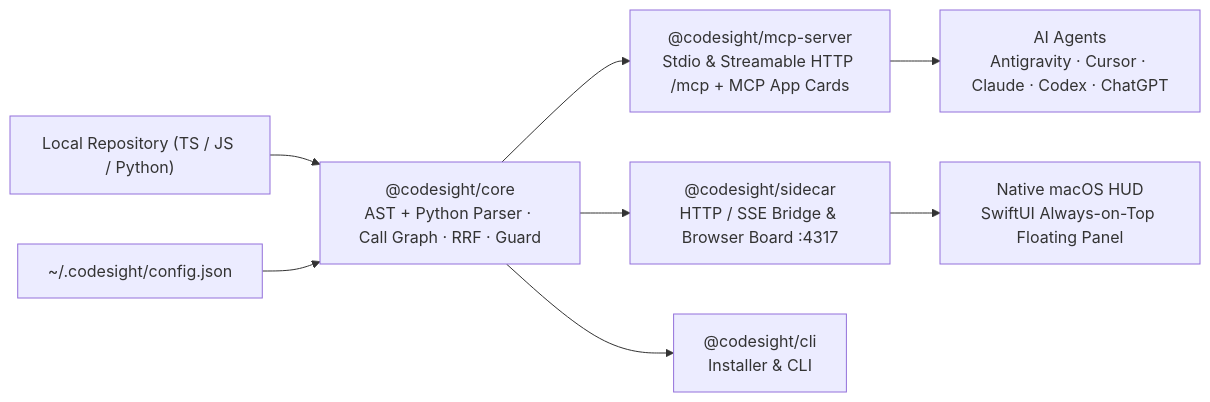
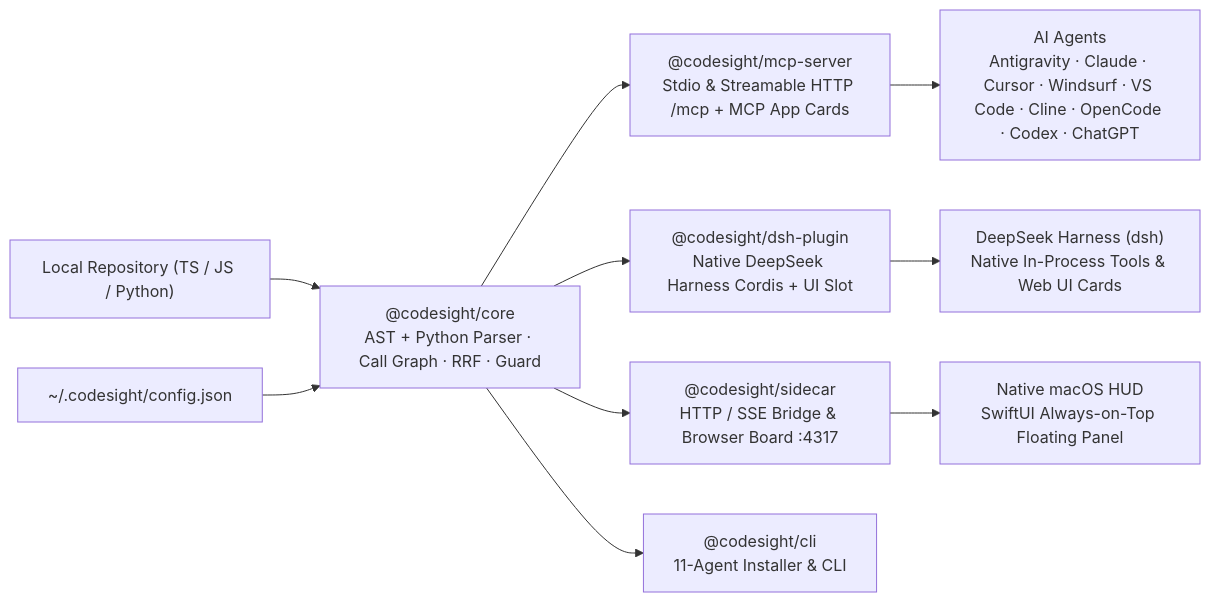
One commit to Rex16200513/codesight changed the diagram in README.md. Above: the diagram before and after it, drawn with Mermaid. The commit also changed other lines of this file and 2 other files, not shown here.

Commit message:
docs(readme): add 11-agent ecosystem logo visual banner and update architecture overview

````diff
--- a/README.md
+++ b/README.md
@@ -214,10 +220,12 @@
 ```mermaid
 flowchart LR
   Repo["Local Repository (TS / JS / Python)"] --> Core["@codesight/core\nAST + Python Parser · Call Graph · RRF · Guard"]
   Config["~/.codesight/config.json"] --> Core
   Core --> MCP["@codesight/mcp-server\nStdio & Streamable HTTP /mcp + MCP App Cards"]
+  Core --> DSH["@codesight/dsh-plugin\nNative DeepSeek Harness Cordis + UI Slot"]
   Core --> Sidecar["@codesight/sidecar\nHTTP / SSE Bridge & Browser Board :4317"]
-  Core --> CLI["@codesight/cli\nInstaller & CLI"]
-  MCP --> Agents["AI Agents\nAntigravity · Cursor · Claude · Codex · ChatGPT"]
+  Core --> CLI["@codesight/cli\n11-Agent Installer & CLI"]
+  MCP --> Agents["AI Agents\nAntigravity · Claude · Cursor · Windsurf · VS Code · Cline · OpenCode · Codex · ChatGPT"]
+  DSH --> DSHApp["DeepSeek Harness (dsh)\nNative In-Process Tools & Web UI Cards"]
   Sidecar --> HUD["Native macOS HUD\nSwiftUI Always-on-Top Floating Panel"]
 ```
````
